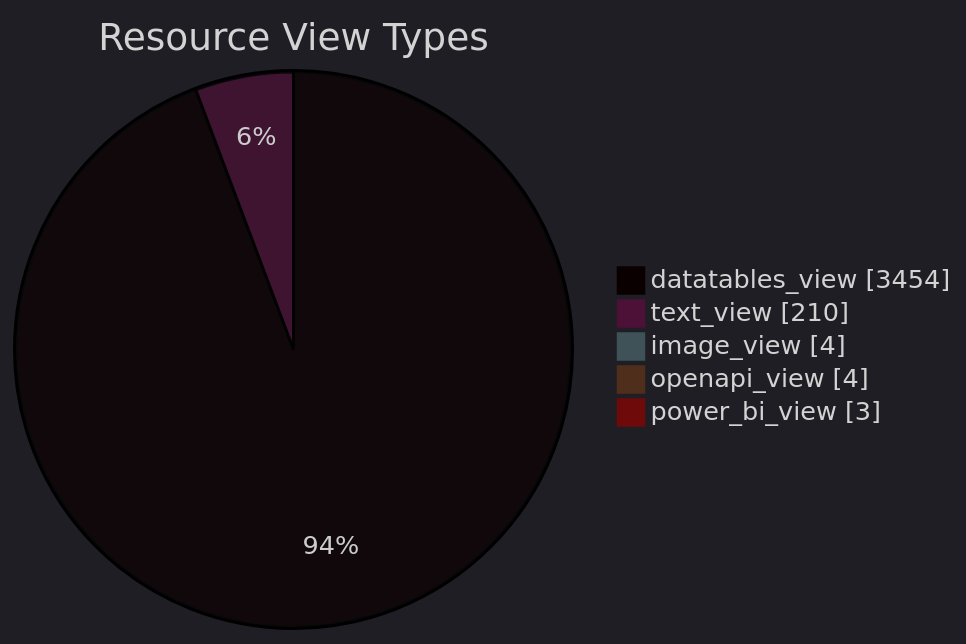
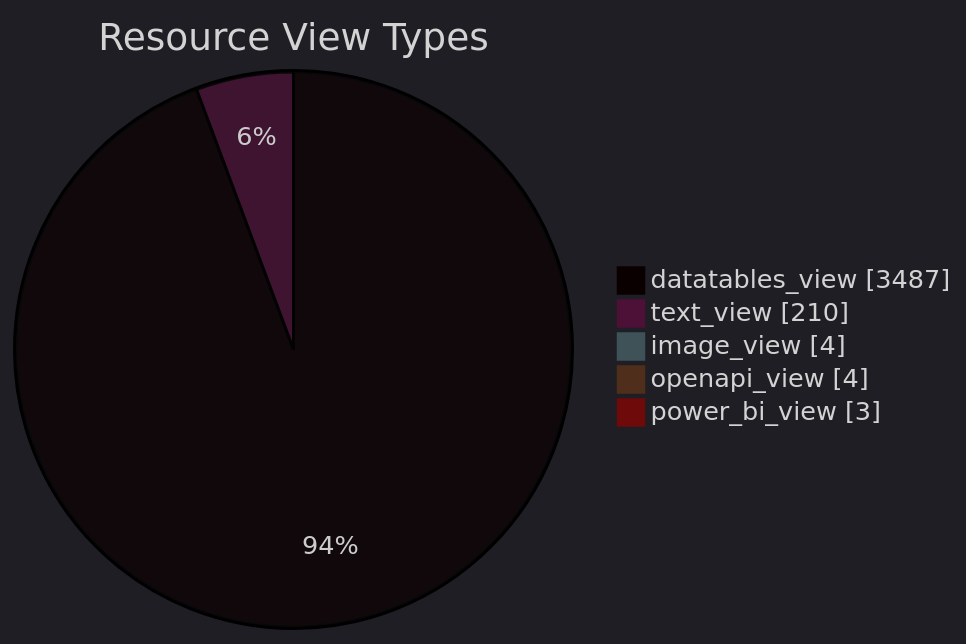
The diagram in datastore_tracker/resource_view_types_pie_chart.md (open-data/analytics-corporate-reporting), drawn with Mermaid before and after one commit. The commit also changed 9 other files, not shown here.

````diff
--- a/datastore_tracker/resource_view_types_pie_chart.md
+++ b/datastore_tracker/resource_view_types_pie_chart.md
@@ -2,12 +2,12 @@
 ```mermaid
 ---
 config:
   theme: dark
 ---
 pie showData title Resource View Types
-    "datatables_view": 3454
+    "datatables_view": 3487
     "text_view": 210
     "image_view": 4
     "openapi_view": 4
     "power_bi_view": 3
 ```
````
